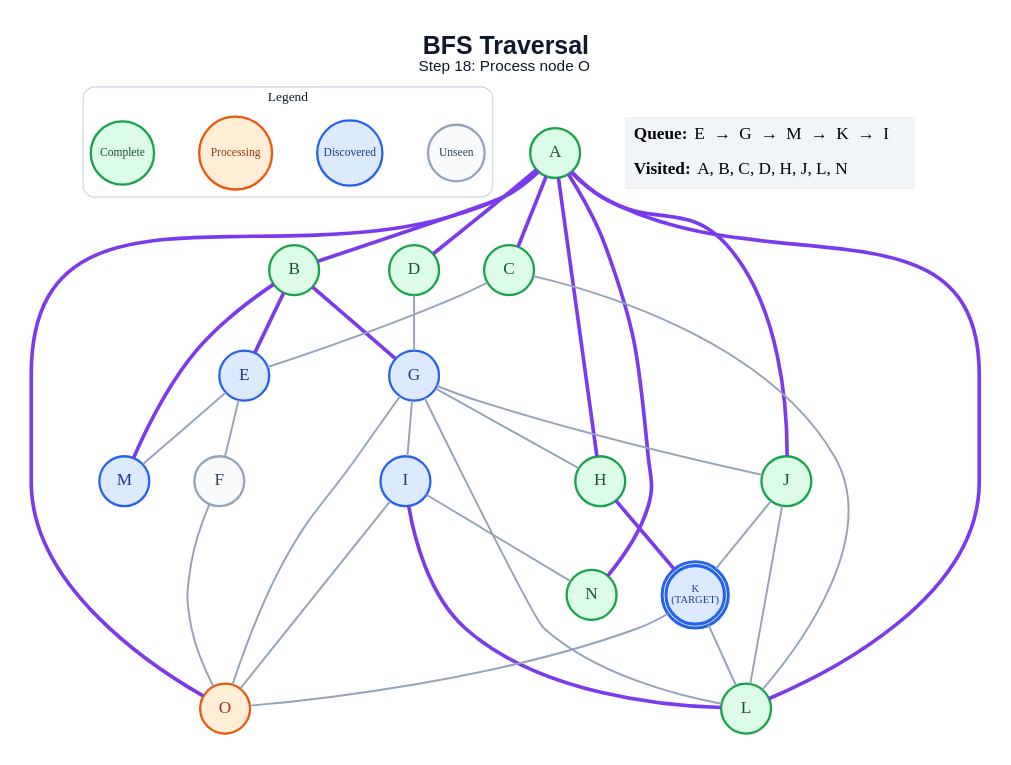
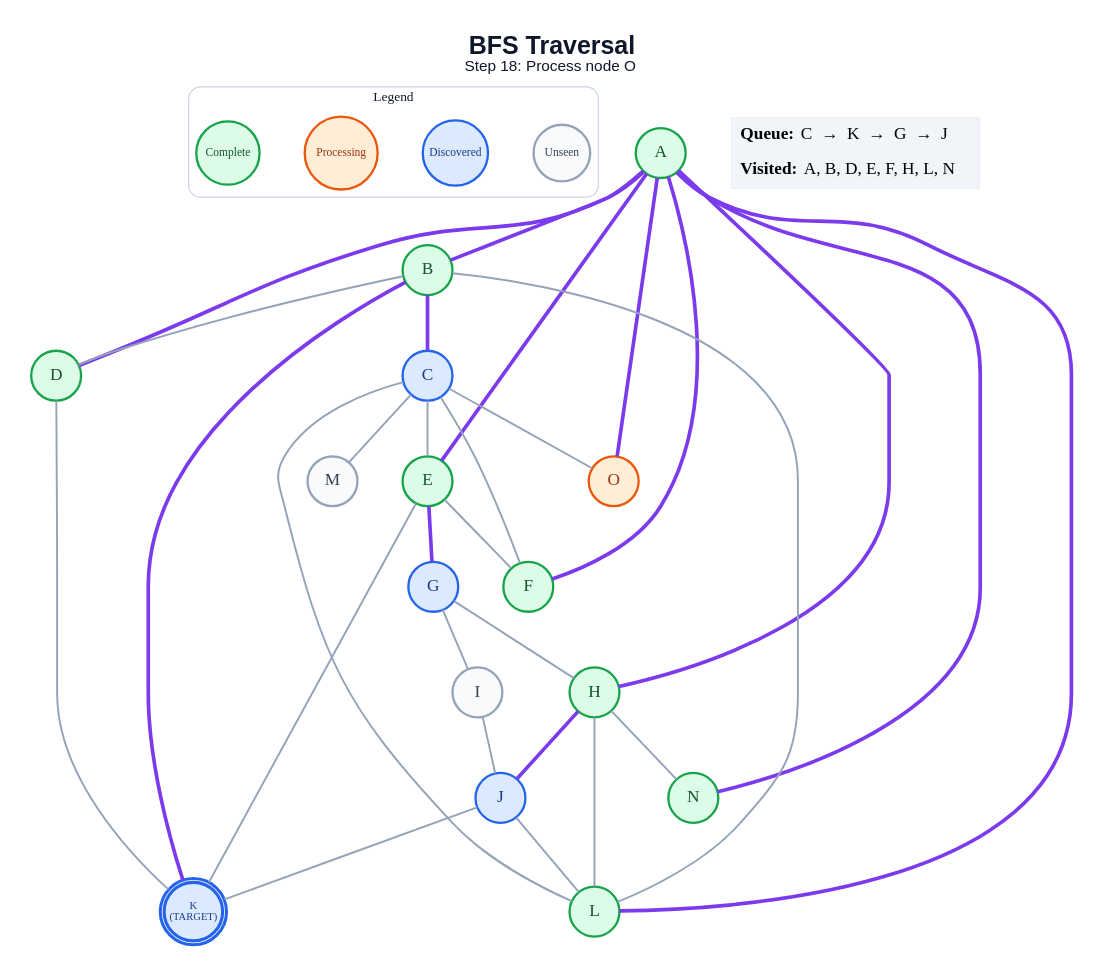
One commit to anon7238593-create/ai-slop changed the diagram in generated/bfs/step_18.dot. Above: the diagram before and after it, drawn with Graphviz. The commit also changed 293 other files, not shown here.

```diff
--- a/generated/bfs/step_18.dot
+++ b/generated/bfs/step_18.dot
@@ -1,64 +1,63 @@
 graph traversal {
   graph [layout=dot, rankdir=TB, bgcolor="#FFFFFF", pad="0.35", nodesep="0.65", ranksep="0.8", fontname="Arial"];
   node [shape=circle, style="filled", fontname="Arial Bold", fontsize=18, width=0.72, fixedsize=true, penwidth=2.4];
   edge [color="#94A3B8", penwidth=2.0];
   label=<<B>BFS Traversal</B><BR/><FONT POINT-SIZE="16">Step 18: Process node O</FONT>>; labelloc="t"; fontsize=26; fontname="Arial"; fontcolor="#0F172A";
   subgraph cluster_legend { label="Legend"; color="#CBD5E1"; penwidth=1.2; style="rounded"; fontsize=14; fontname="Arial Bold";
     key_unseen [label="Unseen", fillcolor="#F8FAFC", color="#94A3B8", fontcolor="#334155", fontsize=12, width=0.82];
     key_frontier [label="Discovered", fillcolor="#DBEAFE", color="#2563EB", fontcolor="#1E3A8A", fontsize=12, width=0.95];
     key_current [label="Processing", fillcolor="#FFEDD5", color="#EA580C", fontcolor="#9A3412", fontsize=12, width=1.05];
     key_done [label="Complete", fillcolor="#DCFCE7", color="#16A34A", fontcolor="#14532D", fontsize=12, width=0.92];
     { rank=same; key_unseen; key_frontier; key_current; key_done; }
   }
   A [label="A", fillcolor="#DCFCE7", color="#16A34A", fontcolor="#14532D", peripheries=1, penwidth=2.4];
   B [label="B", fillcolor="#DCFCE7", color="#16A34A", fontcolor="#14532D", peripheries=1, penwidth=2.4];
-  C [label="C", fillcolor="#DCFCE7", color="#16A34A", fontcolor="#14532D", peripheries=1, penwidth=2.4];
+  C [label="C", fillcolor="#DBEAFE", color="#2563EB", fontcolor="#1E3A8A", peripheries=1, penwidth=2.4];
   D [label="D", fillcolor="#DCFCE7", color="#16A34A", fontcolor="#14532D", peripheries=1, penwidth=2.4];
-  E [label="E", fillcolor="#DBEAFE", color="#2563EB", fontcolor="#1E3A8A", peripheries=1, penwidth=2.4];
-  F [label="F", fillcolor="#F8FAFC", color="#94A3B8", fontcolor="#334155", peripheries=1, penwidth=2.4];
+  E [label="E", fillcolor="#DCFCE7", color="#16A34A", fontcolor="#14532D", peripheries=1, penwidth=2.4];
+  F [label="F", fillcolor="#DCFCE7", color="#16A34A", fontcolor="#14532D", peripheries=1, penwidth=2.4];
   G [label="G", fillcolor="#DBEAFE", color="#2563EB", fontcolor="#1E3A8A", peripheries=1, penwidth=2.4];
   H [label="H", fillcolor="#DCFCE7", color="#16A34A", fontcolor="#14532D", peripheries=1, penwidth=2.4];
-  I [label="I", fillcolor="#DBEAFE", color="#2563EB", fontcolor="#1E3A8A", peripheries=1, penwidth=2.4];
-  J [label="J", fillcolor="#DCFCE7", color="#16A34A", fontcolor="#14532D", peripheries=1, penwidth=2.4];
+  I [label="I", fillcolor="#F8FAFC", color="#94A3B8", fontcolor="#334155", peripheries=1, penwidth=2.4];
+  J [label="J", fillcolor="#DBEAFE", color="#2563EB", fontcolor="#1E3A8A", peripheries=1, penwidth=2.4];
   K [label="K\n(TARGET)", fillcolor="#DBEAFE", color="#2563EB", fontcolor="#1E3A8A", peripheries=2, penwidth=3.2, fontsize=11, width=0.85, height=0.85];
   L [label="L", fillcolor="#DCFCE7", color="#16A34A", fontcolor="#14532D", peripheries=1, penwidth=2.4];
-  M [label="M", fillcolor="#DBEAFE", color="#2563EB", fontcolor="#1E3A8A", peripheries=1, penwidth=2.4];
+  M [label="M", fillcolor="#F8FAFC", color="#94A3B8", fontcolor="#334155", peripheries=1, penwidth=2.4];
   N [label="N", fillcolor="#DCFCE7", color="#16A34A", fontcolor="#14532D", peripheries=1, penwidth=2.4];
   O [label="O", fillcolor="#FFEDD5", color="#EA580C", fontcolor="#9A3412", peripheries=1, penwidth=2.4];
   A -- B [color="#7C3AED", penwidth=3.8];
-  A -- C [color="#7C3AED", penwidth=3.8];
   A -- D [color="#7C3AED", penwidth=3.8];
+  A -- E [color="#7C3AED", penwidth=3.8];
+  A -- F [color="#7C3AED", penwidth=3.8];
   A -- H [color="#7C3AED", penwidth=3.8];
-  A -- J [color="#7C3AED", penwidth=3.8];
   A -- L [color="#7C3AED", penwidth=3.8];
   A -- N [color="#7C3AED", penwidth=3.8];
   A -- O [color="#7C3AED", penwidth=3.8];
-  B -- E [color="#7C3AED", penwidth=3.8];
-  B -- G [color="#7C3AED", penwidth=3.8];
-  B -- M [color="#7C3AED", penwidth=3.8];
+  B -- C [color="#7C3AED", penwidth=3.8];
+  B -- D;
+  B -- K [color="#7C3AED", penwidth=3.8];
+  B -- L;
   C -- E;
+  C -- F;
   C -- L;
-  D -- G;
+  C -- M;
+  C -- O;
+  D -- K;
   E -- F;
-  E -- M;
-  F -- O;
+  E -- G [color="#7C3AED", penwidth=3.8];
+  E -- K;
   G -- H;
   G -- I;
-  G -- J;
-  G -- L;
-  G -- O;
-  H -- K [color="#7C3AED", penwidth=3.8];
-  I -- L [color="#7C3AED", penwidth=3.8];
-  I -- N;
-  I -- O;
+  H -- J [color="#7C3AED", penwidth=3.8];
+  H -- L;
+  H -- N;
+  I -- J;
   J -- K;
   J -- L;
-  K -- L;
-  K -- O;
   status [shape=plain, fixedsize=false, width=0, height=0, margin=0, label=<
     <TABLE BORDER="0" CELLBORDER="0" CELLPADDING="7" BGCOLOR="#F1F5F9">
-      <TR><TD ALIGN="LEFT"><B>Queue:</B> E  →  G  →  M  →  K  →  I</TD></TR>
-      <TR><TD ALIGN="LEFT"><B>Visited:</B> A, B, C, D, H, J, L, N</TD></TR>
+      <TR><TD ALIGN="LEFT"><B>Queue:</B> C  →  K  →  G  →  J</TD></TR>
+      <TR><TD ALIGN="LEFT"><B>Visited:</B> A, B, D, E, F, H, L, N</TD></TR>
     </TABLE>
   >];
 }
```
